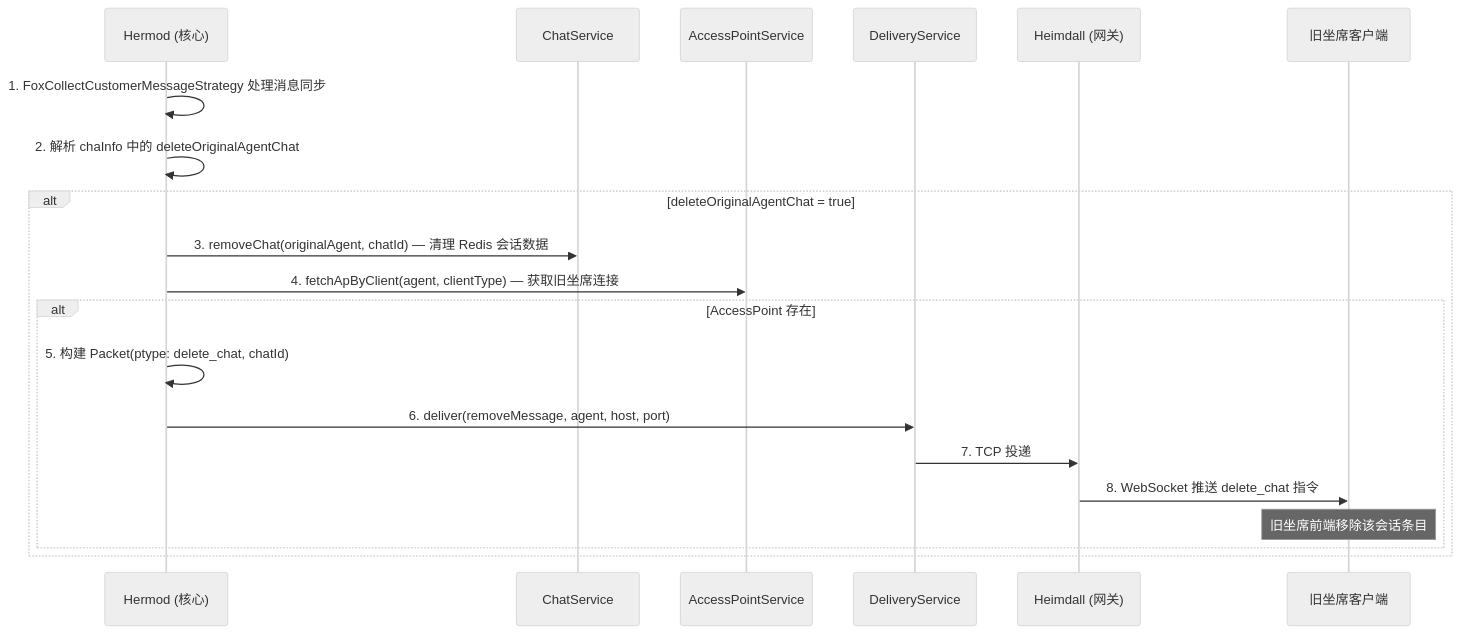
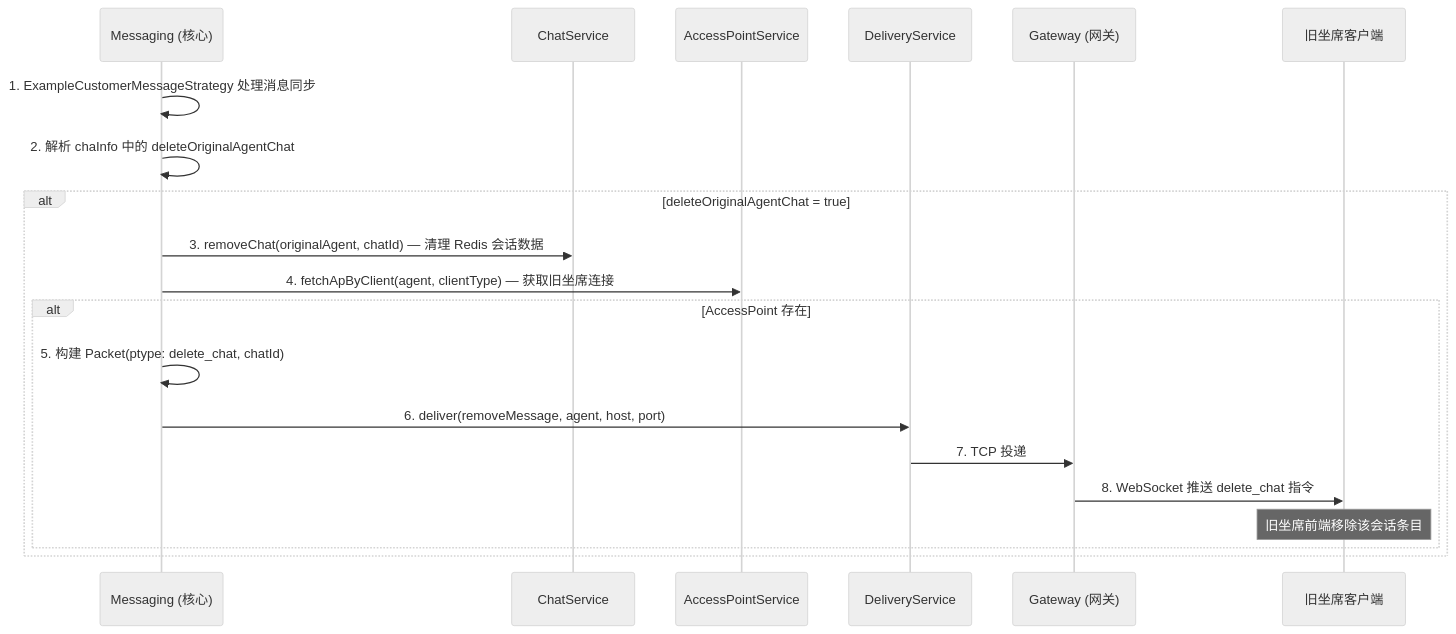
Diagram 12 of 13 in specs/bifrost-client-integration-guide.md (givingwu/bifrost-chat), drawn with Mermaid (neutral theme) before and after one commit. The commit also changed other lines of this file and 53 other files, not shown here.

````diff
--- a/specs/bifrost-client-integration-guide.md
+++ b/specs/bifrost-client-integration-guide.md
@@ -1032,23 +1032,23 @@
 ```mermaid
 sequenceDiagram
-    participant HM as Hermod (核心)
+    participant HM as Messaging (核心)
     participant CS as ChatService
     participant APS as AccessPointService
     participant DS as DeliveryService
-    participant H as Heimdall (网关)
+    participant H as Gateway (网关)
     participant OA as 旧坐席客户端
 
-    HM->>HM: 1. FoxCollectCustomerMessageStrategy 处理消息同步
+    HM->>HM: 1. ExampleCustomerMessageStrategy 处理消息同步
     HM->>HM: 2. 解析 chaInfo 中的 deleteOriginalAgentChat
     alt deleteOriginalAgentChat = true
         HM->>CS: 3. removeChat(originalAgent, chatId) — 清理 Redis 会话数据
         HM->>APS: 4. fetchApByClient(agent, clientType) — 获取旧坐席连接
         alt AccessPoint 存在
             HM->>HM: 5. 构建 Packet(ptype: delete_chat, chatId)
             HM->>DS: 6. deliver(removeMessage, agent, host, port)
             DS->>H: 7. TCP 投递
             H->>OA: 8. WebSocket 推送 delete_chat 指令
             Note over OA: 旧坐席前端移除该会话条目
         end
     end
 ```
````
